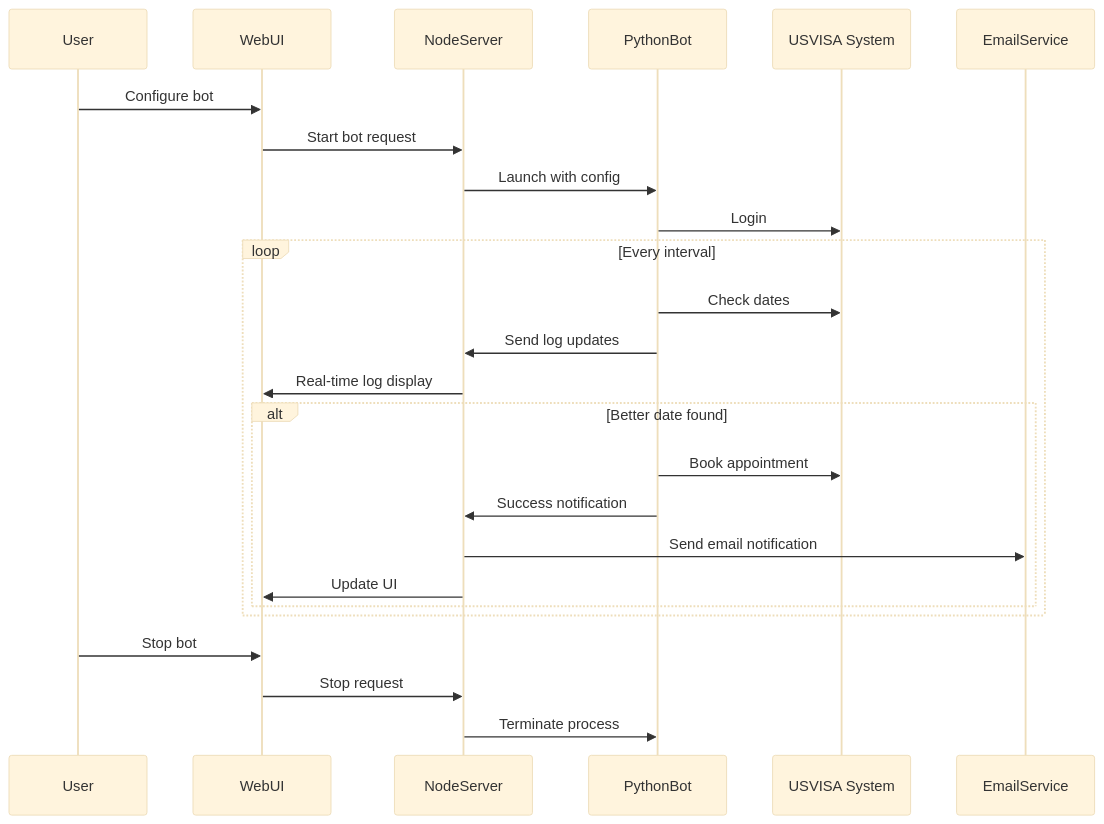
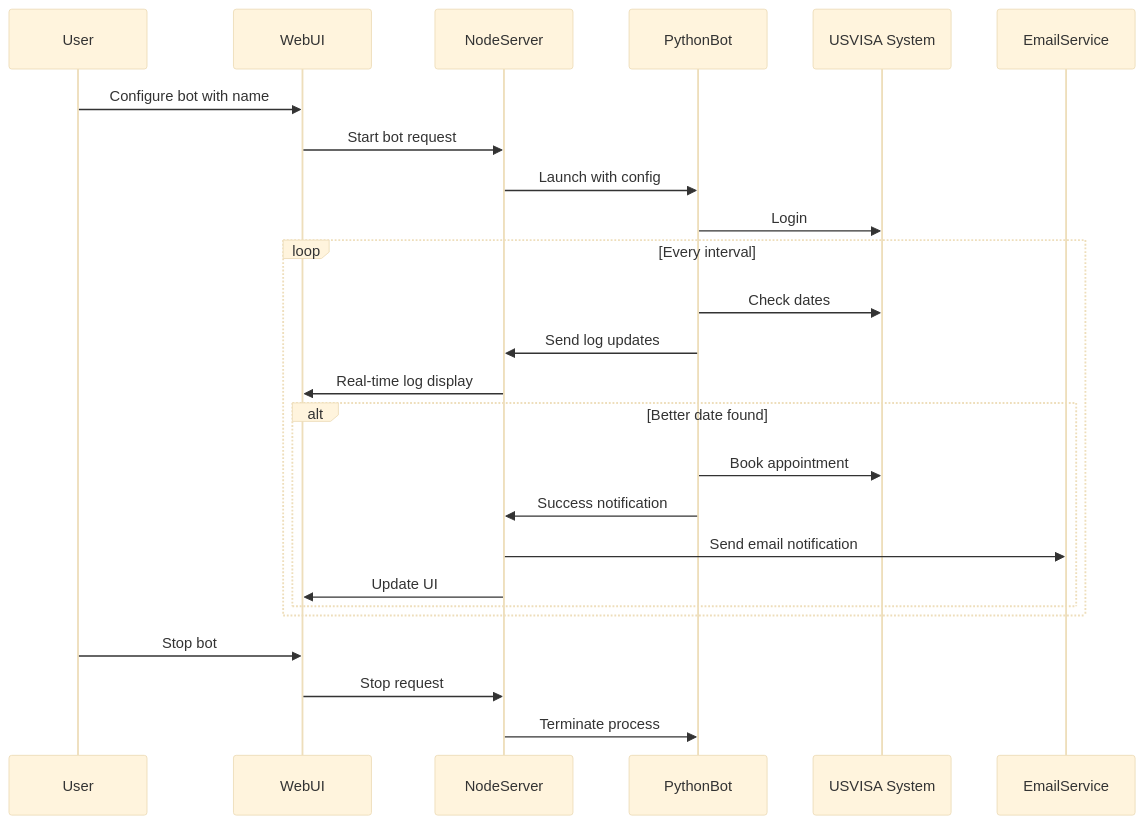
Before and after one commit to jaskaran-online/USA-VISA-Bot: the second of 8 diagrams in docs/DOCUMENTATION.md, drawn with Mermaid (base theme). The commit also changed other lines of this file and 6 other files, not shown here.

````diff
--- a/docs/DOCUMENTATION.md
+++ b/docs/DOCUMENTATION.md
@@ -51,31 +53,31 @@
 ```mermaid
 sequenceDiagram
     participant User
     participant WebUI
     participant NodeServer
     participant PythonBot
     participant USVISA System
     participant EmailService
     
-    User->>WebUI: Configure bot
+    User->>WebUI: Configure bot with name
     WebUI->>NodeServer: Start bot request
     NodeServer->>PythonBot: Launch with config
     PythonBot->>USVISA System: Login
     
     loop Every interval
         PythonBot->>USVISA System: Check dates
         PythonBot->>NodeServer: Send log updates
         NodeServer->>WebUI: Real-time log display
         
         alt Better date found
             PythonBot->>USVISA System: Book appointment
             PythonBot->>NodeServer: Success notification
             NodeServer->>EmailService: Send email notification
             NodeServer->>WebUI: Update UI
         end
     end
     
     User->>WebUI: Stop bot
     WebUI->>NodeServer: Stop request
     NodeServer->>PythonBot: Terminate process
 ```
````
